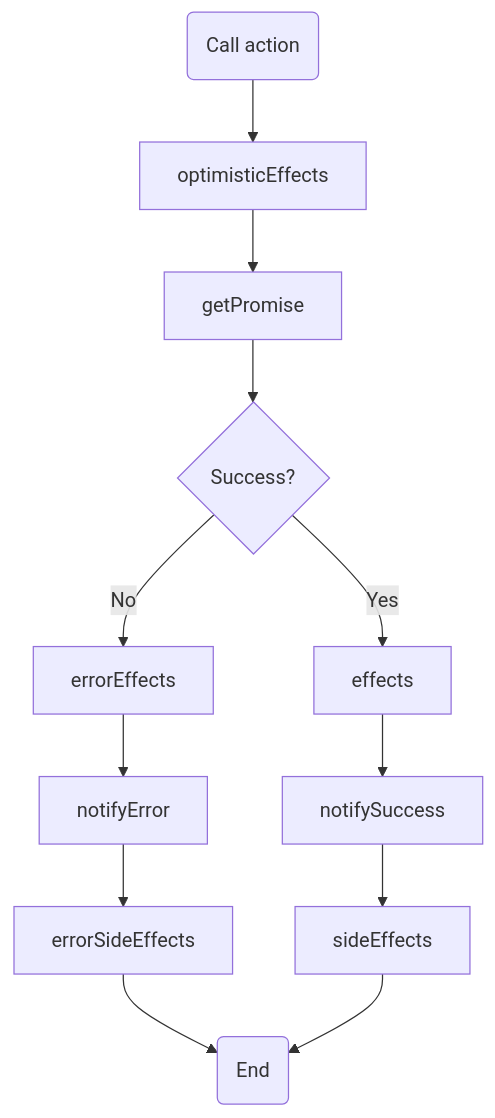
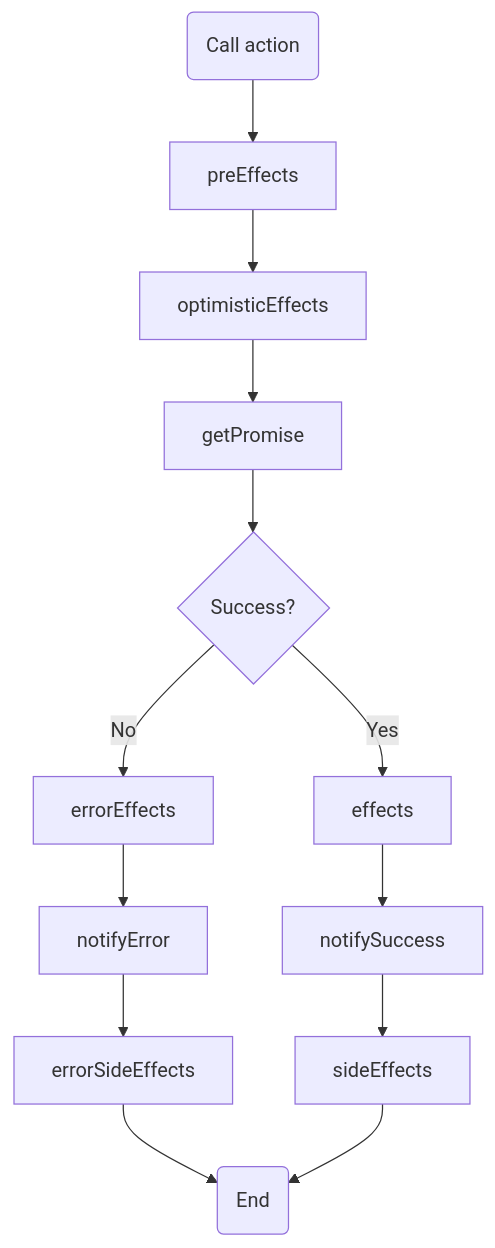
One commit to GlobalSport/state-decorator changed the diagram in README.md. Above: the diagram before and after it, drawn with Mermaid.

Commit message:
chore(README): fix async diagram

````diff
--- a/README.md
+++ b/README.md
@@ -294,14 +294,15 @@
 ```mermaid
 graph TD
-    A(Call action) --> optimisticEffects[optimisticEffects]
+    A(Call action) --> preEffects
+    preEffects --> optimisticEffects
     optimisticEffects --> getPromise
     getPromise --> promiseSuccess{Success?}
     promiseSuccess -->|Yes| effects[effects]
     effects --> notifySuccess[notifySuccess]
     notifySuccess --> sideEffects[sideEffects]
     promiseSuccess -->|No| errorEffects[errorEffects]
     errorEffects --> notifyError[notifyError]
     notifyError --> errSideEffetcs[errorSideEffects]
     errSideEffetcs --> Z
     sideEffects --> Z(End) 
 ```
````
